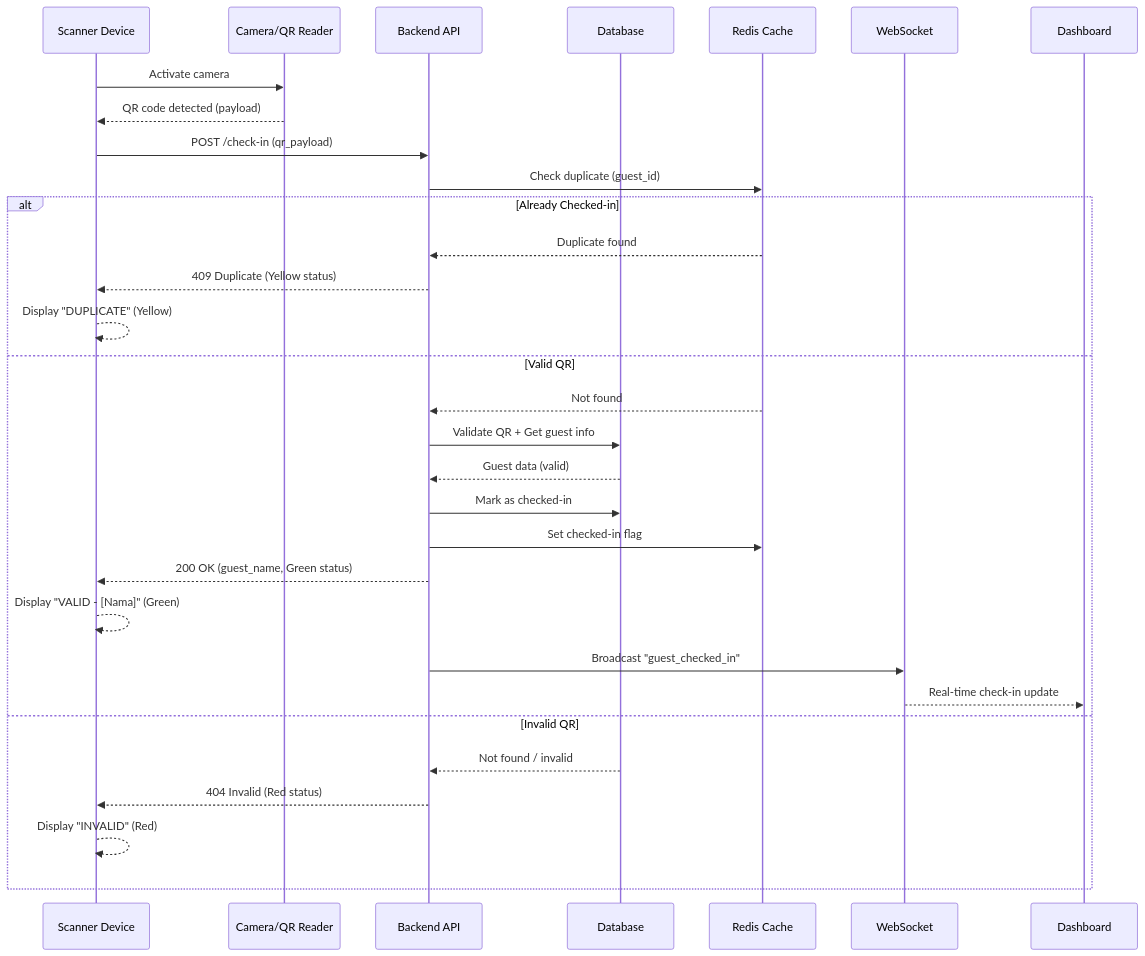
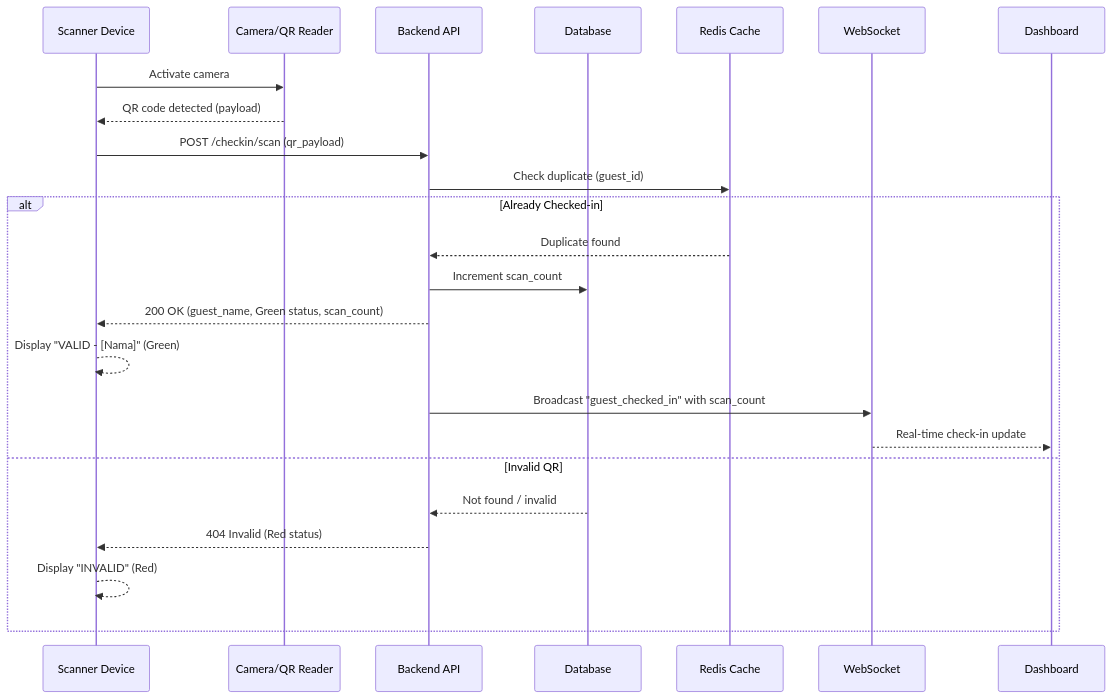
Before and after one commit to maru-story/wedding-ecosystem: the fifth of 8 diagrams in .kiro/specs/wedding-digital-saas/design.md, drawn with Mermaid. The commit also changed other lines of this file and 212 other files, not shown here.

````diff
--- a/.kiro/specs/wedding-digital-saas/design.md
+++ b/.kiro/specs/wedding-digital-saas/design.md
@@ -285,35 +285,28 @@
 ```mermaid
 sequenceDiagram
     participant S as Scanner Device
     participant CAM as Camera/QR Reader
     participant API as Backend API
     participant DB as Database
     participant CACHE as Redis Cache
     participant WS as WebSocket
     participant D as Dashboard
 
     S->>CAM: Activate camera
     CAM-->>S: QR code detected (payload)
-    S->>API: POST /check-in (qr_payload)
+    S->>API: POST /checkin/scan (qr_payload)
     API->>CACHE: Check duplicate (guest_id)
     
     alt Already Checked-in
         CACHE-->>API: Duplicate found
-        API-->>S: 409 Duplicate (Yellow status)
-        S-->>S: Display "DUPLICATE" (Yellow)
-    else Valid QR
-        CACHE-->>API: Not found
-        API->>DB: Validate QR + Get guest info
-        DB-->>API: Guest data (valid)
-        API->>DB: Mark as checked-in
-        API->>CACHE: Set checked-in flag
-        API-->>S: 200 OK (guest_name, Green status)
+        API->>DB: Increment scan_count
+        API-->>S: 200 OK (guest_name, Green status, scan_count)
         S-->>S: Display "VALID - [Nama]" (Green)
-        API->>WS: Broadcast "guest_checked_in"
+        API->>WS: Broadcast "guest_checked_in" with scan_count
         WS-->>D: Real-time check-in update
     else Invalid QR
         DB-->>API: Not found / invalid
         API-->>S: 404 Invalid (Red status)
         S-->>S: Display "INVALID" (Red)
     end
 ```
````
